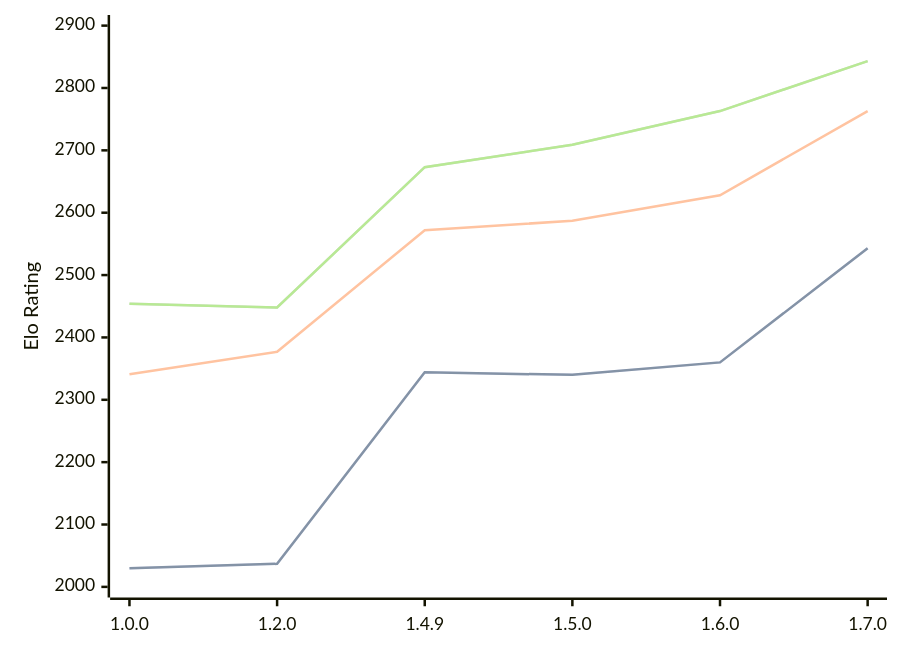
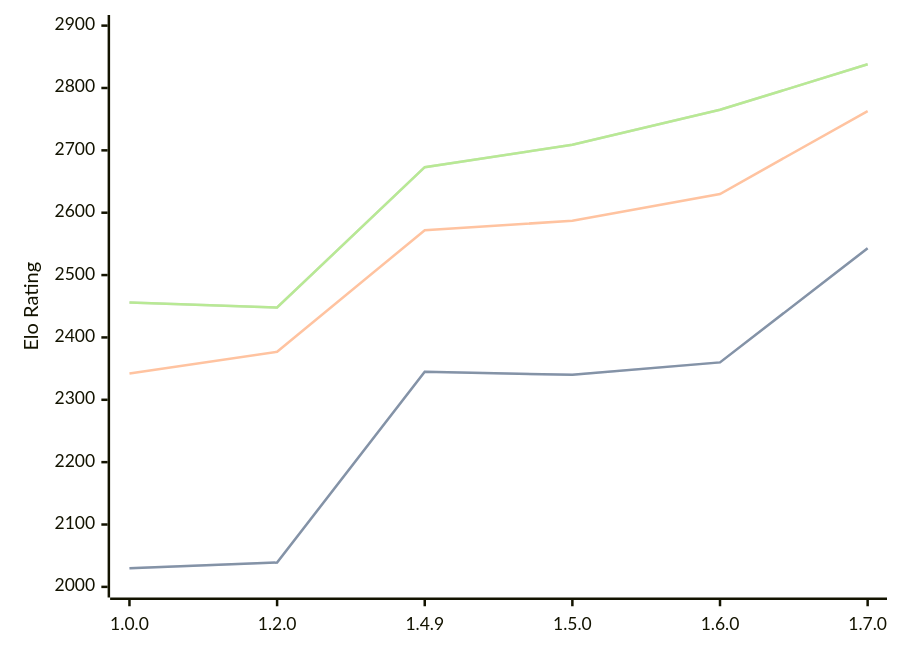
One commit to computer-chess-index/cci changed the third of 3 diagrams in engines/Basilisk.md. Above: the diagram before and after it, drawn with Mermaid. The commit also changed other lines of this file, not shown here.

Commit message:
Update CCI Ratings (ELO VLTC) - 2026-07-08

````diff
--- a/engines/Basilisk.md
+++ b/engines/Basilisk.md
@@ -83,11 +83,11 @@
 ```mermaid
 %%{init: {"theme":"base","themeVariables":{"seriesColors:['#a3a3a3','#222221','#faa371']}}}%%
 xychart-beta
   x-axis ["1.0.0", "1.2.0", "1.4.9", "1.5.0", "1.6.0", "1.7.0"]
   y-axis "Elo Rating" 2000 --> 2900
-  line "STC (8.0+0.08s)" [2030, 2037, 2344, 2340, 2360, 2543]
-  line "STC (8.0+0.08s)" [2030, 2037, 2344, 2340, 2360, 2543]
-  line "LTC (60.0+0.60s)" [2341, 2377, 2572, 2587, 2628, 2763]
-  line "VLTC (2m24s+1.12s)" [2454, 2448, 2673, 2709, 2763, 2843]
-  line "VLTC (2m24s+1.12s)" [2454, 2448, 2673, 2709, 2763, 2843]
+  line "STC (8.0+0.08s)" [2030, 2039, 2345, 2340, 2360, 2543]
+  line "STC (8.0+0.08s)" [2030, 2039, 2345, 2340, 2360, 2543]
+  line "LTC (60.0+0.60s)" [2342, 2377, 2572, 2587, 2630, 2763]
+  line "VLTC (2m24s+1.12s)" [2456, 2448, 2673, 2709, 2765, 2838]
+  line "VLTC (2m24s+1.12s)" [2456, 2448, 2673, 2709, 2765, 2838]
 ```
````
